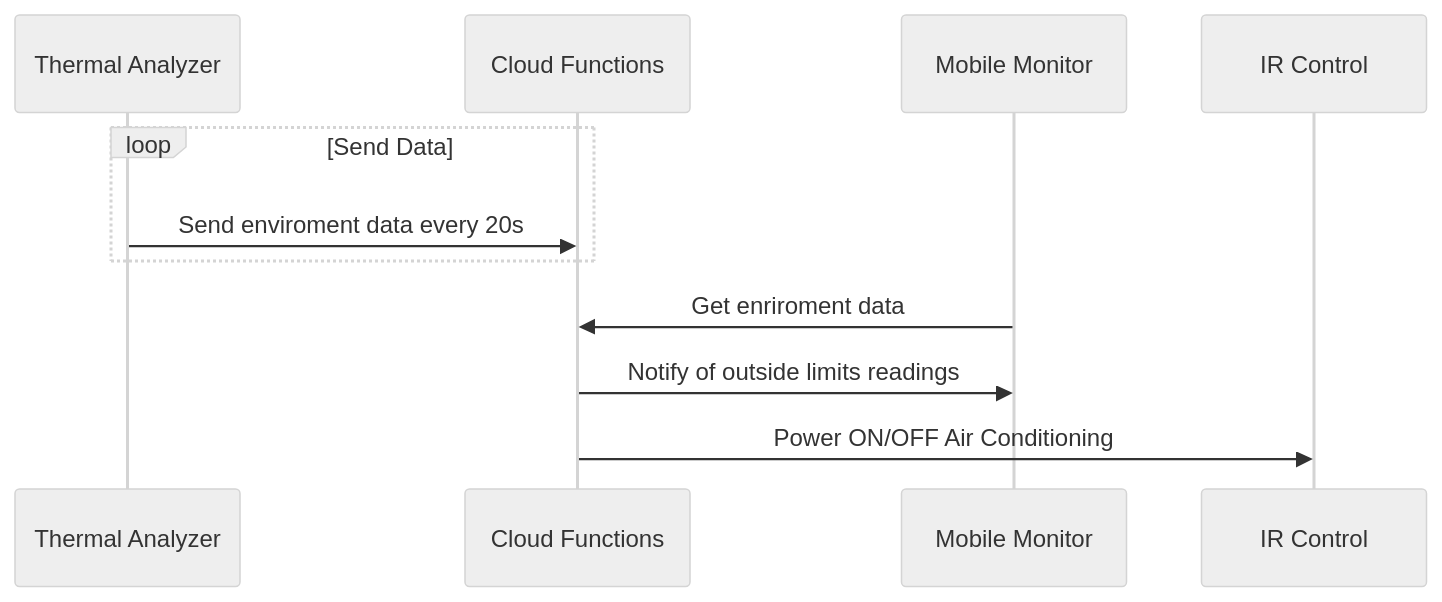
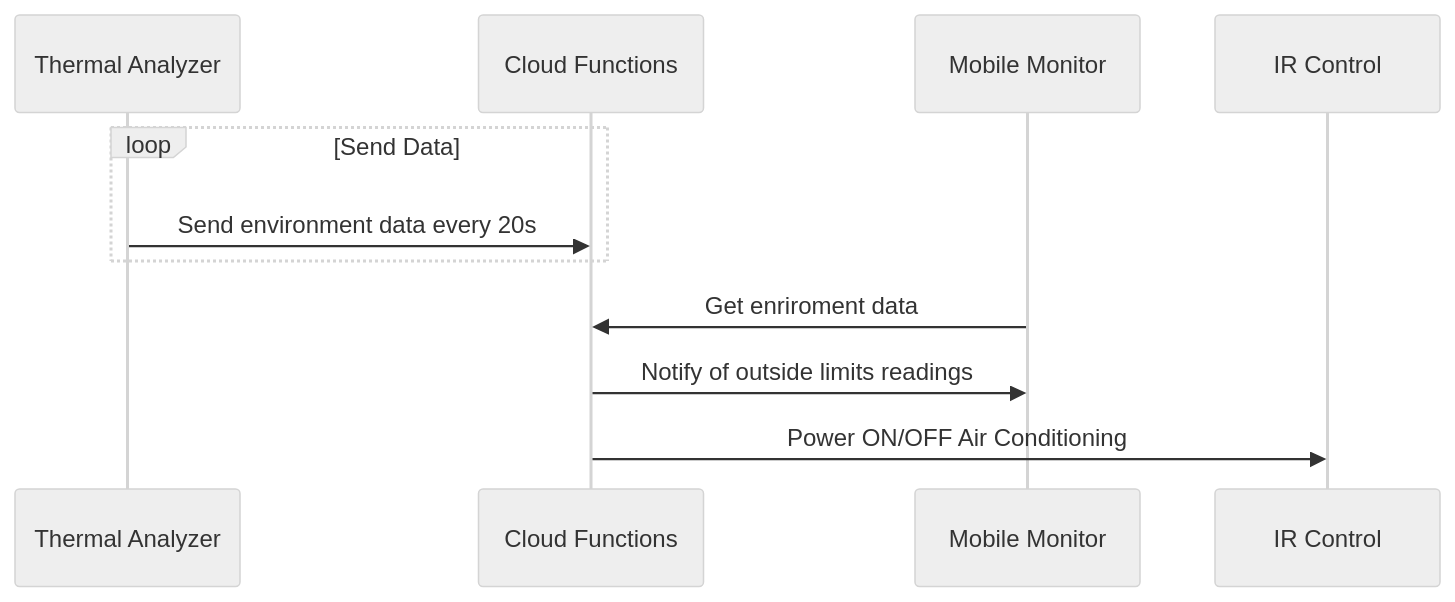
One commit to guardia-technology/.github changed the diagram in profile/README.md. Above: the diagram before and after it, drawn with Mermaid (neutral theme). The commit also changed other lines of this file, not shown here.

````diff
--- a/profile/README.md
+++ b/profile/README.md
@@ -36,10 +36,10 @@
 ```mermaid
 sequenceDiagram
     loop Send Data
-        Thermal Analyzer ->> Cloud Functions: Send enviroment data every 20s
+        Thermal Analyzer ->> Cloud Functions: Send environment data every 20s
     end
     
     Mobile Monitor ->> Cloud Functions: Get enriroment data
     Cloud Functions ->> Mobile Monitor: Notify of outside limits readings
     Cloud Functions ->> IR Control: Power ON/OFF Air Conditioning
 ```
````
